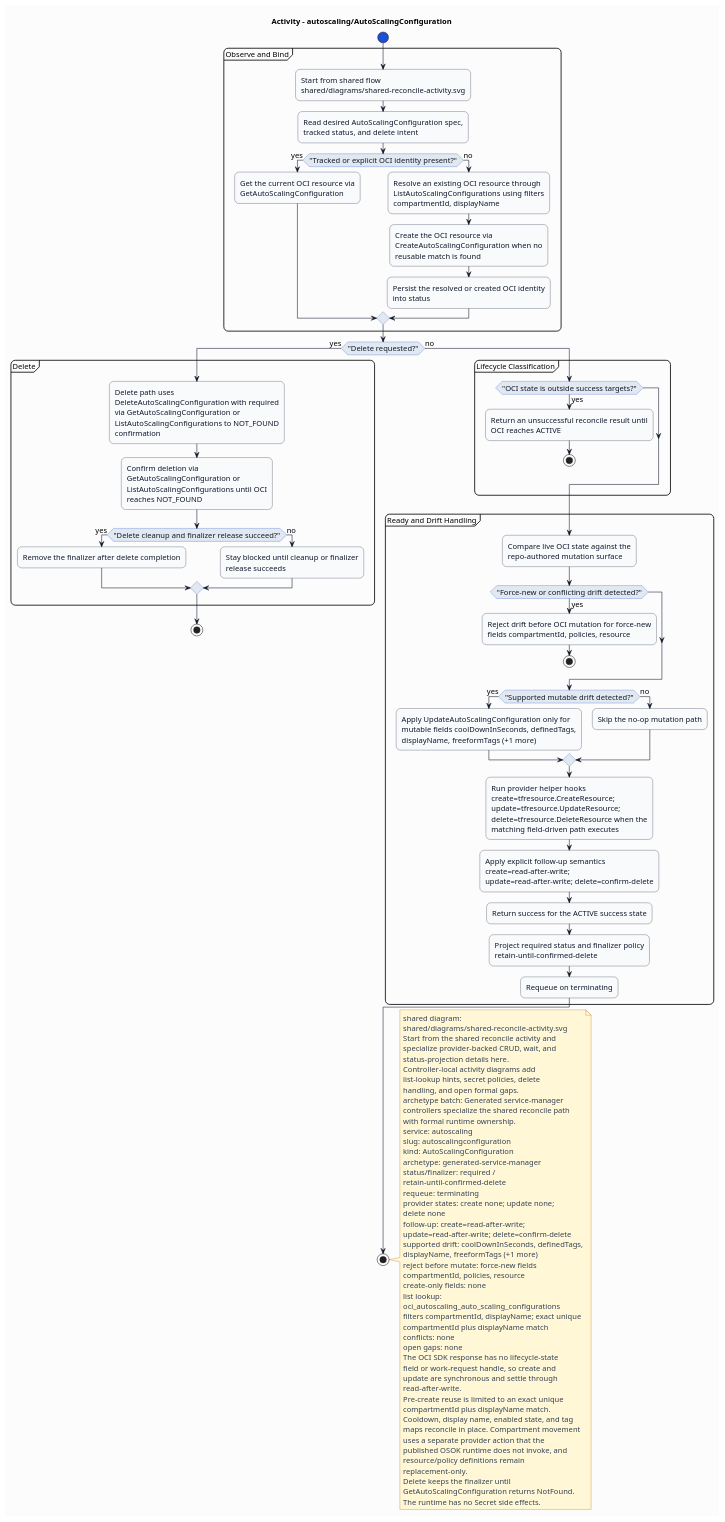
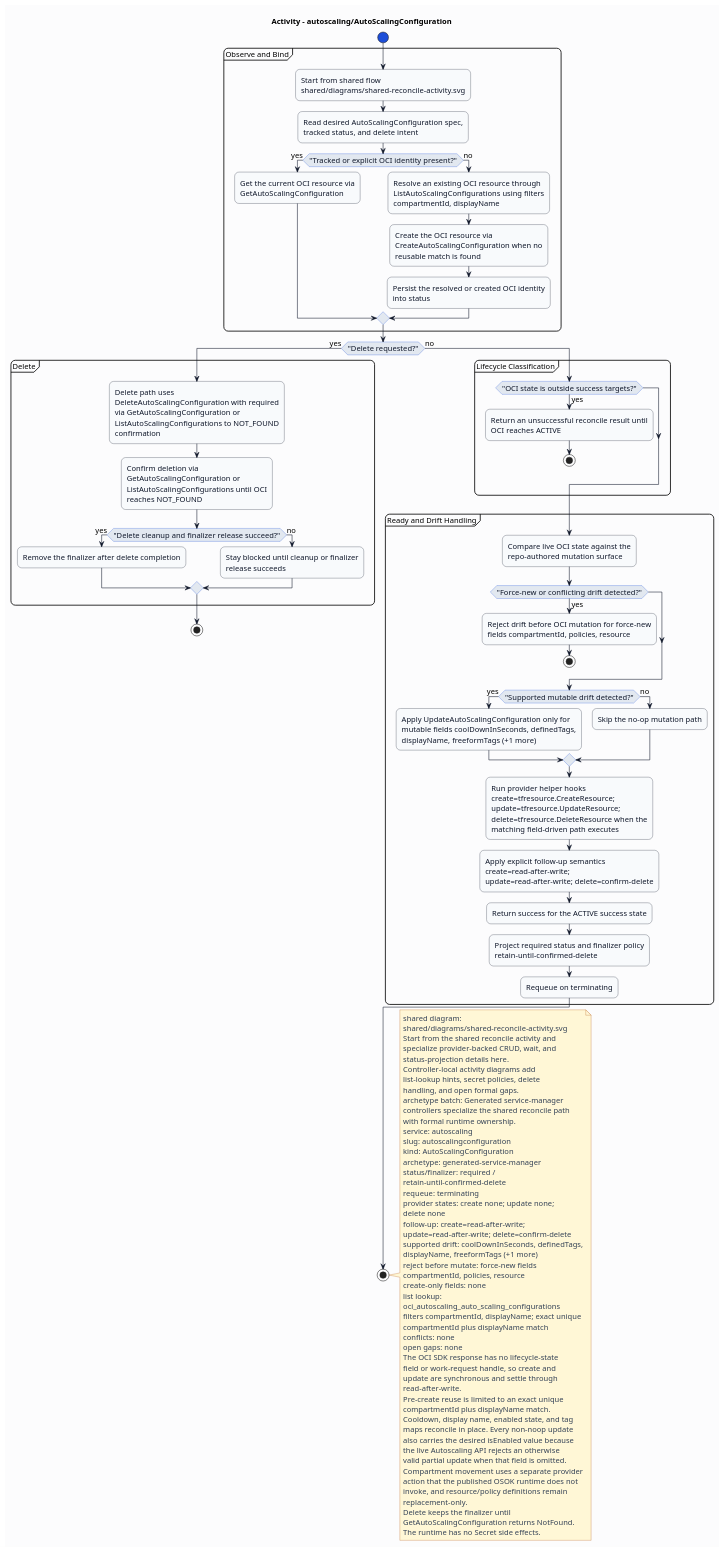
One commit to HaoyL666/oci-service-operator changed the diagram in formal/controllers/autoscaling/autoscalingconfiguration/diagrams/activity.puml. Above: the diagram before and after it, drawn with PlantUML. The commit also changed 25 other files, not shown here.

Commit message:
fix(runtime): harden live lifecycle convergence

```diff
--- a/formal/controllers/autoscaling/autoscalingconfiguration/diagrams/activity.puml
+++ b/formal/controllers/autoscaling/autoscalingconfiguration/diagrams/activity.puml
@@ -1,122 +1,125 @@
 @startuml
 skinparam shadowing false
 skinparam backgroundColor #fcfcfd
 skinparam defaultFontName Helvetica
 skinparam defaultFontSize 14
 skinparam arrowColor #0f172a
 skinparam noteBackgroundColor #fff7d6
 skinparam noteBorderColor #b45309
 skinparam noteFontColor #334155
 skinparam roundcorner 16
 title Activity - autoscaling/AutoScalingConfiguration
 skinparam activity {
   backgroundColor #f8fafc
   borderColor #0f172a
   fontColor #0f172a
   diamondBackgroundColor #e2e8f0
   diamondBorderColor #1d4ed8
   diamondFontColor #0f172a
   startColor #1d4ed8
   endColor #0f172a
   barColor #1d4ed8
 }
 start
 partition "Observe and Bind" {
 :Start from shared flow\nshared/diagrams/shared-reconcile-activity.svg;
 :Read desired AutoScalingConfiguration spec,\ntracked status, and delete intent;
 if ("Tracked or explicit OCI identity present?") then (yes)
 :Get the current OCI resource via\nGetAutoScalingConfiguration;
 else (no)
 :Resolve an existing OCI resource through\nListAutoScalingConfigurations using filters\ncompartmentId, displayName;
 :Create the OCI resource via\nCreateAutoScalingConfiguration when no\nreusable match is found;
 :Persist the resolved or created OCI identity\ninto status;
 endif
 }
 if ("Delete requested?") then (yes)
 partition "Delete" {
 :Delete path uses\nDeleteAutoScalingConfiguration with required\nvia GetAutoScalingConfiguration or\nListAutoScalingConfigurations to NOT_FOUND\nconfirmation;
 :Confirm deletion via\nGetAutoScalingConfiguration or\nListAutoScalingConfigurations until OCI\nreaches NOT_FOUND;
 if ("Delete cleanup and finalizer release succeed?") then (yes)
 :Remove the finalizer after delete completion;
 else (no)
 :Stay blocked until cleanup or finalizer\nrelease succeeds;
 endif
 }
 stop
 else (no)
 partition "Lifecycle Classification" {
 if ("OCI state is outside success targets?") then (yes)
 :Return an unsuccessful reconcile result until\nOCI reaches ACTIVE;
 stop
 endif
 }
 partition "Ready and Drift Handling" {
 :Compare live OCI state against the\nrepo-authored mutation surface;
 if ("Force-new or conflicting drift detected?") then (yes)
 :Reject drift before OCI mutation for force-new\nfields compartmentId, policies, resource;
 stop
 endif
 if ("Supported mutable drift detected?") then (yes)
 :Apply UpdateAutoScalingConfiguration only for\nmutable fields coolDownInSeconds, definedTags,\ndisplayName, freeformTags (+1 more);
 else (no)
 :Skip the no-op mutation path;
 endif
 :Run provider helper hooks\ncreate=tfresource.CreateResource;\nupdate=tfresource.UpdateResource;\ndelete=tfresource.DeleteResource when the\nmatching field-driven path executes;
 :Apply explicit follow-up semantics\ncreate=read-after-write;\nupdate=read-after-write; delete=confirm-delete;
 :Return success for the ACTIVE success state;
 :Project required status and finalizer policy\nretain-until-confirmed-delete;
 :Requeue on terminating;
 }
 endif
 stop
 note right
 shared diagram:
 shared/diagrams/shared-reconcile-activity.svg
 Start from the shared reconcile activity and
 specialize provider-backed CRUD, wait, and
 status-projection details here.
 Controller-local activity diagrams add
 list-lookup hints, secret policies, delete
 handling, and open formal gaps.
 archetype batch: Generated service-manager
 controllers specialize the shared reconcile path
 with formal runtime ownership.
 service: autoscaling
 slug: autoscalingconfiguration
 kind: AutoScalingConfiguration
 archetype: generated-service-manager
 status/finalizer: required /
 retain-until-confirmed-delete
 requeue: terminating
 provider states: create none; update none;
 delete none
 follow-up: create=read-after-write;
 update=read-after-write; delete=confirm-delete
 supported drift: coolDownInSeconds, definedTags,
 displayName, freeformTags (+1 more)
 reject before mutate: force-new fields
 compartmentId, policies, resource
 create-only fields: none
 list lookup:
 oci_autoscaling_auto_scaling_configurations
 filters compartmentId, displayName; exact unique
 compartmentId plus displayName match
 conflicts: none
 open gaps: none
 The OCI SDK response has no lifecycle-state
 field or work-request handle, so create and
 update are synchronous and settle through
 read-after-write.
 Pre-create reuse is limited to an exact unique
 compartmentId plus displayName match.
 Cooldown, display name, enabled state, and tag
-maps reconcile in place. Compartment movement
-uses a separate provider action that the
-published OSOK runtime does not invoke, and
-resource/policy definitions remain
+maps reconcile in place. Every non-noop update
+also carries the desired isEnabled value because
+the live Autoscaling API rejects an otherwise
+valid partial update when that field is omitted.
+Compartment movement uses a separate provider
+action that the published OSOK runtime does not
+invoke, and resource/policy definitions remain
 replacement-only.
 Delete keeps the finalizer until
 GetAutoScalingConfiguration returns NotFound.
 The runtime has no Secret side effects.
 end note
 @enduml
```
